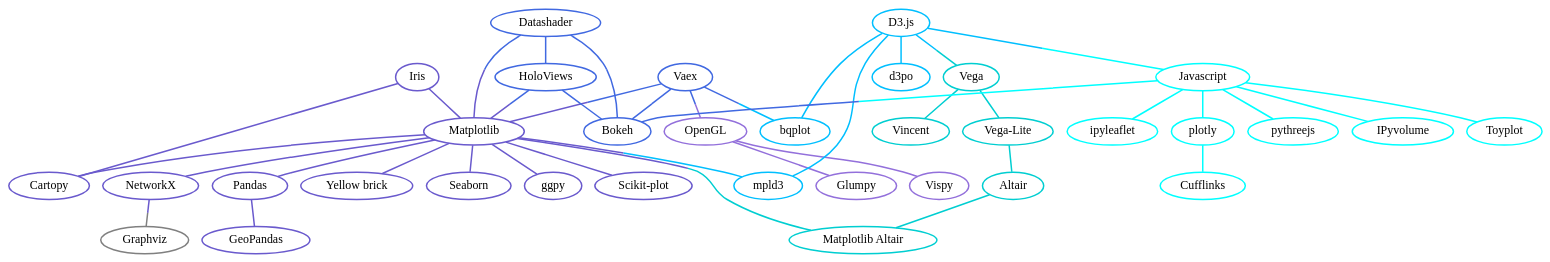
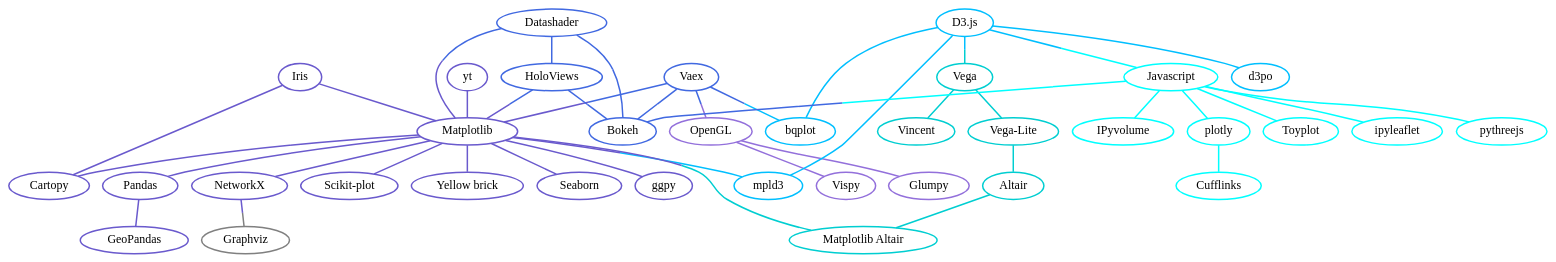
Before and after one commit to veit/jupyter-tutorial: the diagram in docs/viz/index.rst, drawn with Graphviz. The commit also changed 1 other file, not shown here.

Commit message:
Add yt to viz docs

```diff
--- a/docs/viz/index.rst
+++ b/docs/viz/index.rst
@@ -99,6 +99,12 @@
             color="slateblue",
             target="_top",
             href="../viz/matplotlib/iris.html"]
+        yt [
+            label="yt",
+            tooltip="Python-Bibliothek zur Analyse\nund Visualisierung von Volumendaten",
+            color="slateblue",
+            target="_top",
+            href="../viz/matplotlib/yt.html"]
         mpl -- pandas [color="slateblue"]
         pandas  -- geopandas [color="slateblue"]
         mpl -- seaborn [color="slateblue"]
@@ -110,6 +116,7 @@
         mpl -- cartopy [color="slateblue"]
         iris -- mpl [color="slateblue"]
         iris -- cartopy [color="slateblue"]
+        yt -- mpl [color="slateblue"]
         mpl -- mpld3 [color="slateblue;0.5:deepskyblue"]
         mpl -- mpl_altair [color="slateblue;0.5:darkturquoise"]
 
```
